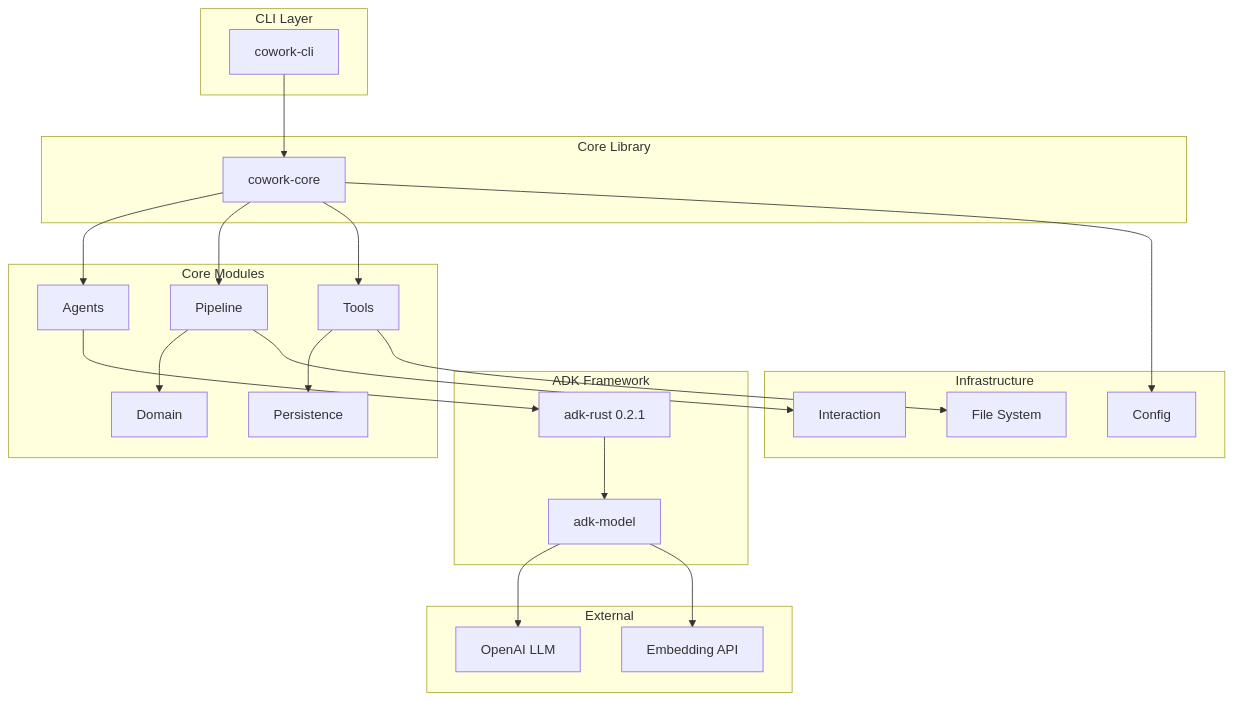
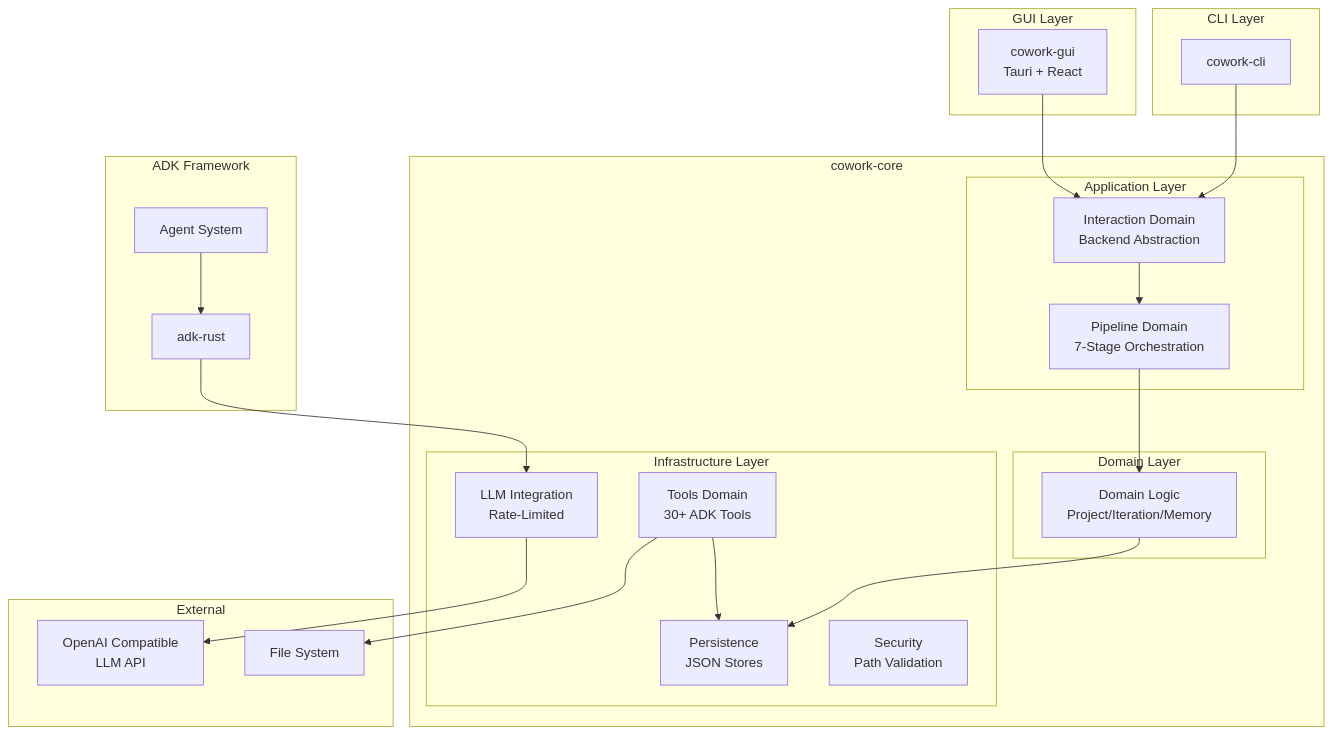
Before and after one commit to sopaco/cowork-forge: the first of 3 diagrams in README.md, drawn with Mermaid. The commit also changed other lines of this file and 1 other file, not shown here.

First line of the commit message:
Update architecture to hexagonal design

````diff
--- a/README.md
+++ b/README.md
@@ -184,51 +184,49 @@
 ```mermaid
 graph TB
     subgraph "CLI Layer"
         CLI[cowork-cli]
     end
     
-    subgraph "Core Library"
-        CORE[cowork-core]
+    subgraph "GUI Layer"
+        GUI[cowork-gui<br/>Tauri + React]
     end
     
-    subgraph "Core Modules"
-        AGENTS[Agents]
-        PIPELINE[Pipeline]
-        TOOLS[Tools]
-        PERSISTENCE[Persistence]
-        DOMAIN[Domain]
+    subgraph "cowork-core"
+        subgraph "Application Layer"
+            PIPELINE[Pipeline Domain<br/>7-Stage Orchestration]
+            INTERACTION[Interaction Domain<br/>Backend Abstraction]
+        end
+        
+        subgraph "Domain Layer"
+            DOMAIN[Domain Logic<br/>Project/Iteration/Memory]
+        end
+        
+        subgraph "Infrastructure Layer"
+            PERSISTENCE[Persistence<br/>JSON Stores]
+            LLM_INTEGRATION[LLM Integration<br/>Rate-Limited]
+            TOOLS[Tools Domain<br/>30+ ADK Tools]
+            SECURITY[Security<br/>Path Validation]
+        end
     end
     
     subgraph "ADK Framework"
-        ADK[adk-rust 0.2.1]
-        LLM[adk-model]
-    end
-    
-    subgraph "Infrastructure"
-        FS[File System]
-        CONFIG[Config]
-        INTERACTION[Interaction]
+        ADK[adk-rust]
+        AGENTS[Agent System]
     end
     
     subgraph "External"
-        OPENAI[OpenAI LLM]
-        EMBEDDING[Embedding API]
+        OPENAI[OpenAI Compatible<br/>LLM API]
+        FS[File System]
     end
     
-    CLI --> CORE
-    CORE --> AGENTS
-    CORE --> PIPELINE
-    CORE --> TOOLS
-    
+    CLI --> INTERACTION
+    GUI --> INTERACTION
+    INTERACTION --> PIPELINE
+    PIPELINE --> DOMAIN
+    DOMAIN --> PERSISTENCE
+    TOOLS --> PERSISTENCE
     AGENTS --> ADK
-    PIPELINE --> DOMAIN
-    TOOLS --> PERSISTENCE
-    
-    ADK --> LLM
-    LLM --> OPENAI
-    LLM --> EMBEDDING
-    
-    PIPELINE --> INTERACTION
+    ADK --> LLM_INTEGRATION
+    LLM_INTEGRATION --> OPENAI
     TOOLS --> FS
-    CORE --> CONFIG
 ```
````
